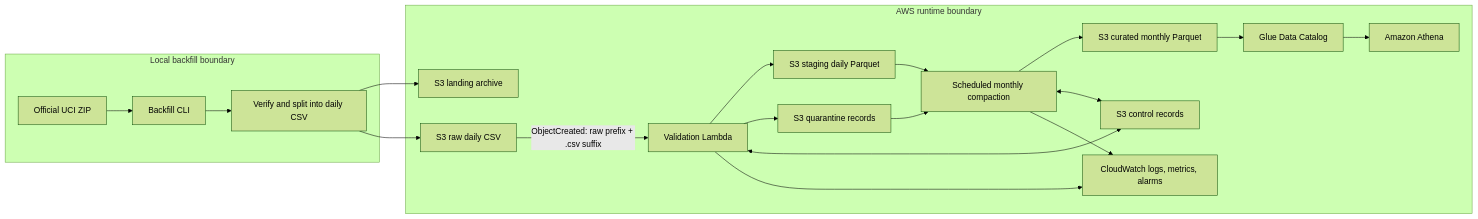
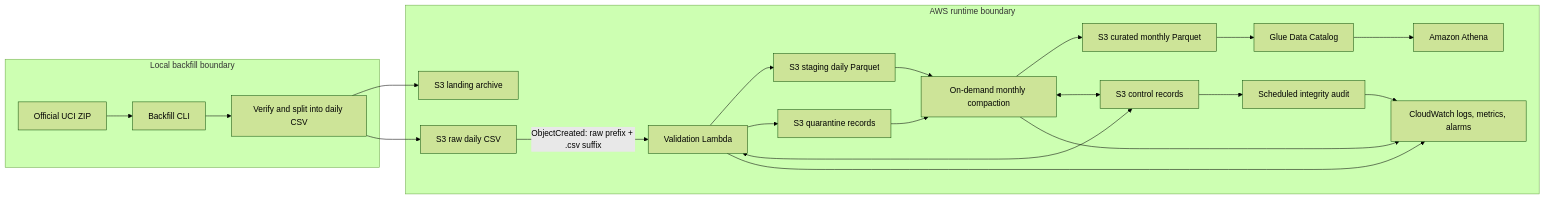
The diagram in README.md (jingboli8/metropulse-aws-data-pipeline), drawn with Mermaid (forest theme) before and after one commit. The commit also changed other lines of this file and 52 other files, not shown here.

Commit message:
feat: add scheduled integrity operations

````diff
--- a/README.md
+++ b/README.md
@@ -17,35 +17,37 @@
 ```mermaid
 flowchart LR
     subgraph Local[Local backfill boundary]
         UCI[Official UCI ZIP] --> CLI[Backfill CLI]
         CLI --> Split[Verify and split into daily CSV]
     end
 
     subgraph AWS[AWS runtime boundary]
         Landing[S3 landing archive]
         Raw[S3 raw daily CSV]
         Validate[Validation Lambda]
         Staging[S3 staging daily Parquet]
         Quarantine[S3 quarantine records]
-        Compact[Scheduled monthly compaction]
+        Compact[On-demand monthly compaction]
+        Audit[Scheduled integrity audit]
         Curated[S3 curated monthly Parquet]
         Catalog[Glue Data Catalog]
         Athena[Amazon Athena]
         Control[S3 control records]
         Observe[CloudWatch logs, metrics, alarms]
     end
 
     Split --> Landing
     Split --> Raw
     Raw -->|ObjectCreated: raw prefix + .csv suffix| Validate
     Validate --> Staging
     Validate --> Quarantine
     Validate <--> Control
     Staging --> Compact
     Quarantine --> Compact
     Compact --> Curated
     Compact <--> Control
     Curated --> Catalog --> Athena
     Validate --> Observe
     Compact --> Observe
+    Control --> Audit --> Observe
 ```
````
